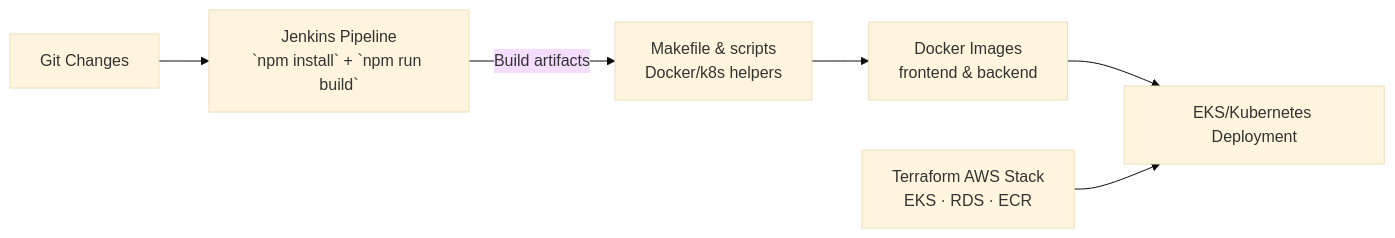
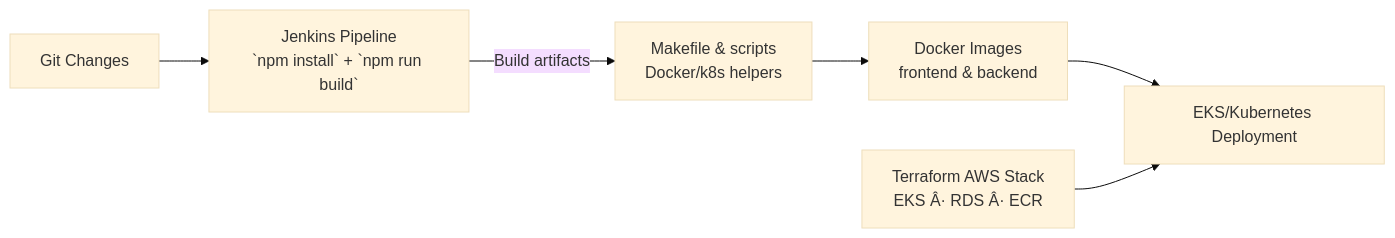
One commit to careers-umair-dev/Employee-Management changed the third of 9 diagrams in README.md. Above: the diagram before and after it, drawn with Mermaid (base theme). The commit also changed other lines of this file and 25 other files, not shown here.

````diff
--- a/README.md
+++ b/README.md
@@ -167,15 +167,15 @@
 ```mermaid
 flowchart LR
     Dev[Git Changes]
     Jenkins[Jenkins Pipeline\n`npm install` + `npm run build`]
     Makefile[Makefile & scripts\nDocker/k8s helpers]
     Images[Docker Images\nfrontend & backend]
-    Infra[Terraform AWS Stack\nEKS · RDS · ECR]
+    Infra[Terraform AWS Stack\nEKS Â· RDS Â· ECR]
     Cluster[EKS/Kubernetes Deployment]
 
     Dev --> Jenkins
     Jenkins -->|Build artifacts| Makefile
     Makefile --> Images
     Images --> Cluster
     Infra --> Cluster
 ```
````
